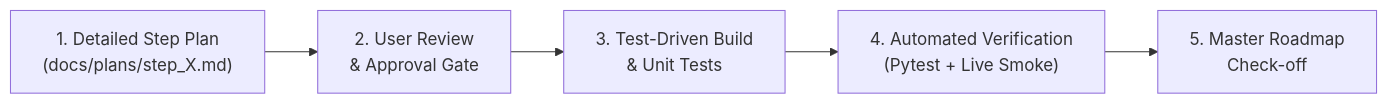
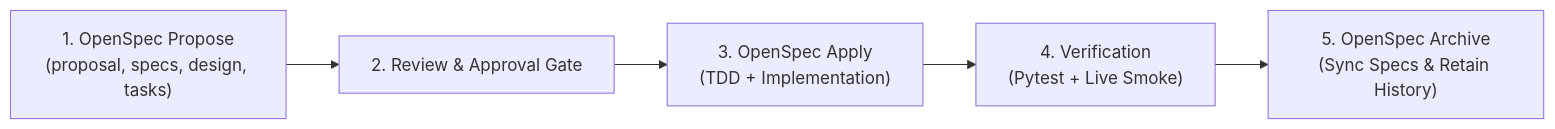
The diagram in docs/IMPLEMENTATION_PLAN.md (eldariko/ziox), drawn with Mermaid before and after one commit. The commit also changed other lines of this file and 12 other files, not shown here.

Commit message:
docs(openspec): migrate architecture and baseline specifications to OpenSpec

````diff
--- a/docs/IMPLEMENTATION_PLAN.md
+++ b/docs/IMPLEMENTATION_PLAN.md
@@ -12,7 +13,7 @@
 ```mermaid
 flowchart LR
-    StepPlan["1. Detailed Step Plan\n(docs/plans/step_X.md)"] --> UserReview["2. User Review\n& Approval Gate"]
-    UserReview --> TDD["3. Test-Driven Build\n& Unit Tests"]
-    TDD --> Verification["4. Automated Verification\n(Pytest + Live Smoke)"]
-    Verification --> MasterUpdate["5. Master Roadmap\nCheck-off"]
+    Propose["1. OpenSpec Propose\n(proposal, specs, design, tasks)"] --> Review["2. Review & Approval Gate"]
+    Review --> Apply["3. OpenSpec Apply\n(TDD + Implementation)"]
+    Apply --> Verify["4. Verification\n(Pytest + Live Smoke)"]
+    Verify --> Archive["5. OpenSpec Archive\n(Sync Specs & Retain History)"]
 ```
````
